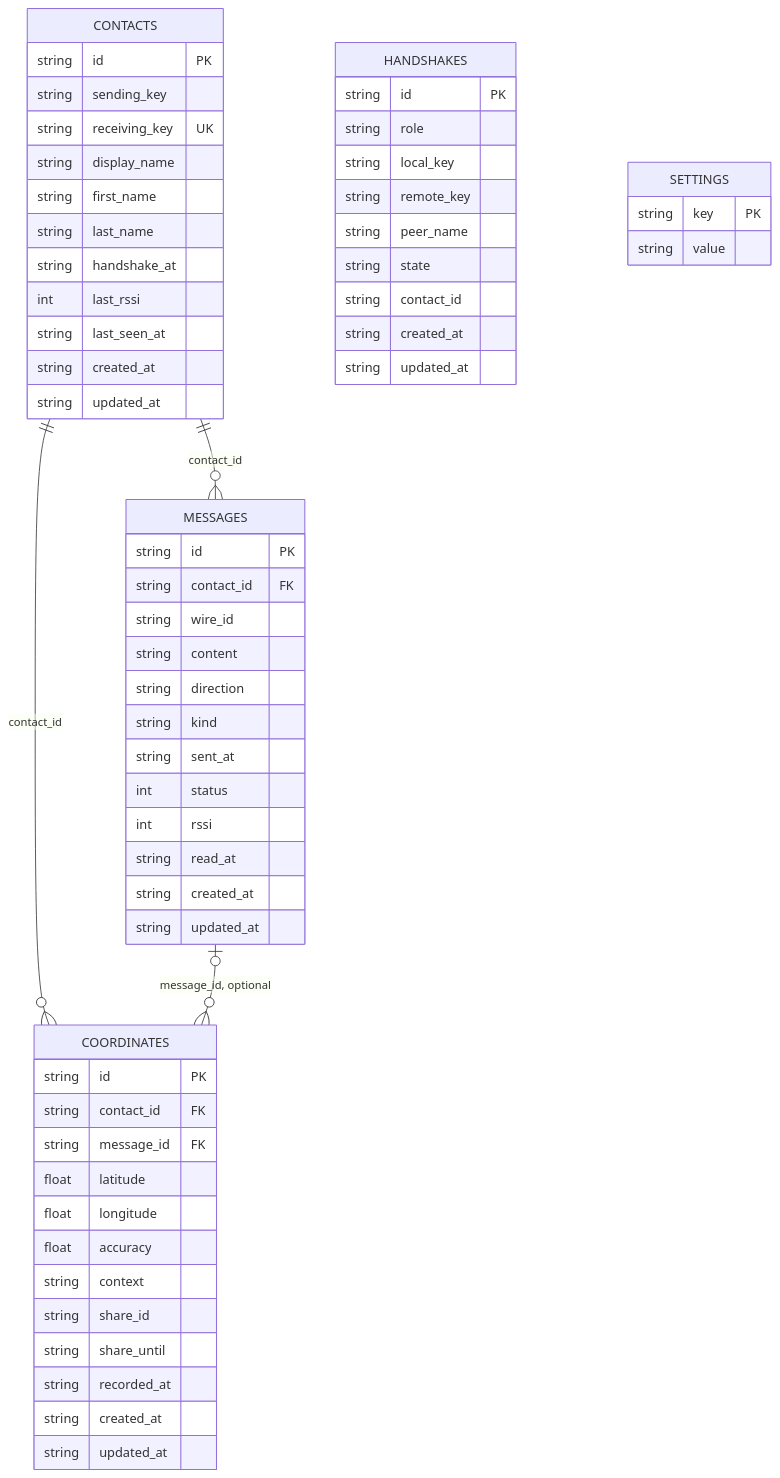
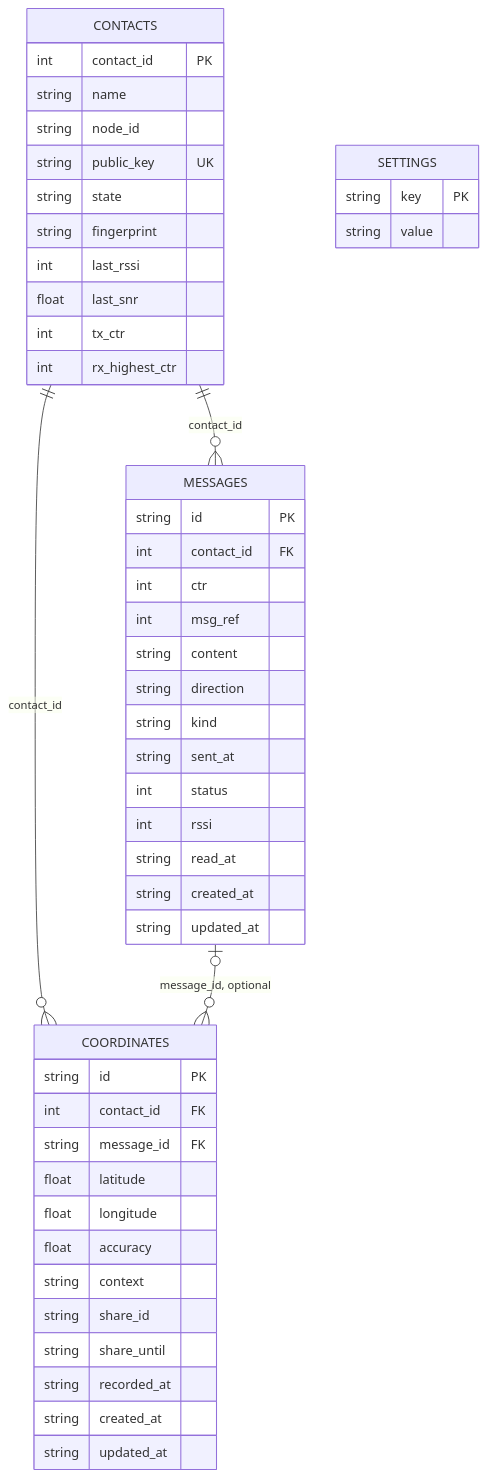
One commit to OffGridCH/app changed the diagram in doku/architektur/datenmodell.md. Above: the diagram before and after it, drawn with Mermaid. The commit also changed other lines of this file and 87 other files, not shown here.

````diff
--- a/doku/architektur/datenmodell.md
+++ b/doku/architektur/datenmodell.md
@@ -9,67 +9,55 @@
 ```mermaid
 erDiagram
     CONTACTS ||--o{ MESSAGES : "contact_id"
     CONTACTS ||--o{ COORDINATES : "contact_id"
     MESSAGES o|--o{ COORDINATES : "message_id, optional"
 
     CONTACTS {
-        string id PK
-        string sending_key
-        string receiving_key UK
-        string display_name
-        string first_name
-        string last_name
-        string handshake_at
+        int contact_id PK
+        string name
+        string node_id
+        string public_key UK
+        string state
+        string fingerprint
         int last_rssi
-        string last_seen_at
-        string created_at
-        string updated_at
+        float last_snr
+        int tx_ctr
+        int rx_highest_ctr
     }
 
     MESSAGES {
         string id PK
-        string contact_id FK
-        string wire_id
+        int contact_id FK
+        int ctr
+        int msg_ref
         string content
         string direction
         string kind
         string sent_at
         int status
         int rssi
         string read_at
         string created_at
         string updated_at
     }
 
     COORDINATES {
         string id PK
-        string contact_id FK
+        int contact_id FK
         string message_id FK
         float latitude
         float longitude
         float accuracy
         string context
         string share_id
         string share_until
         string recorded_at
         string created_at
         string updated_at
     }
 
-    HANDSHAKES {
-        string id PK
-        string role
-        string local_key
-        string remote_key
-        string peer_name
-        string state
-        string contact_id
-        string created_at
-        string updated_at
-    }
-
     SETTINGS {
         string key PK
         string value
     }
 ```
````
